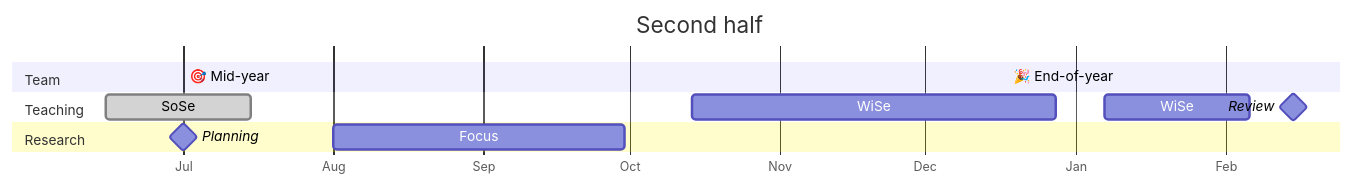
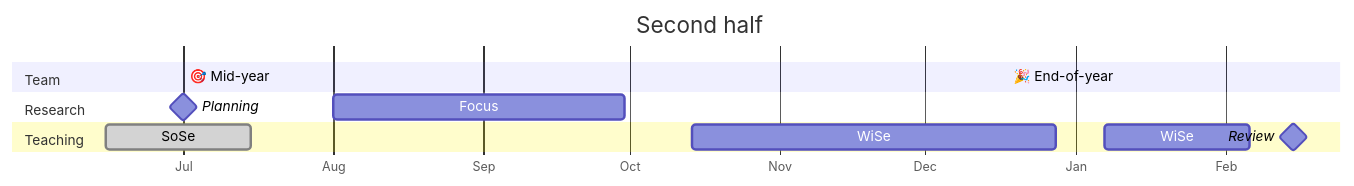
The second of 2 diagrams in docs/02.calendar.md (digital-work-lab/handbook), drawn with Mermaid before and after one commit. The commit also changed other lines of this file, not shown here.

Commit message:
update cal

````diff
--- a/docs/02.calendar.md
+++ b/docs/02.calendar.md
@@ -34,24 +33,24 @@
 ```mermaid
 ---
 displayMode: compact
 ---
 gantt
     title Second half
     dateFormat  YYYY-MM-DD
     todayMarker stroke-width:5px,stroke:red,opacity:0.8
     axisFormat %b
 
     section Team
     🎯 Mid-year :b1, 2024-07-01, milestone
     🎉 End-of-year :b1, 2024-12-18, milestone
 
+    section Research
+    Planning :milestone, 2024-07-01, milestone
+    Focus           :a2, 2024-08-01, 60d
+    
     section Teaching
     SoSe           :done, 2024-06-15, 30d
     WiSe           :a2, 2024-10-14, 75d
     WiSe           :a2, 2025-01-07, 30d
     Review   :milestone, 2025-02-15, milestone
-    section Research
-    Planning :milestone, 2024-07-01, milestone
-    Focus           :a2, 2024-08-01, 60d
-
 ```
````
